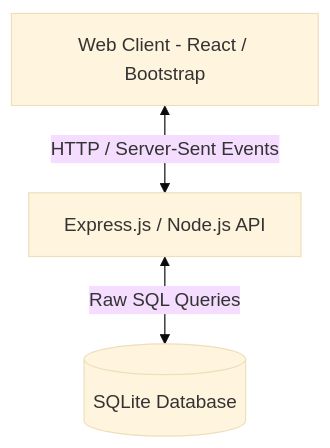
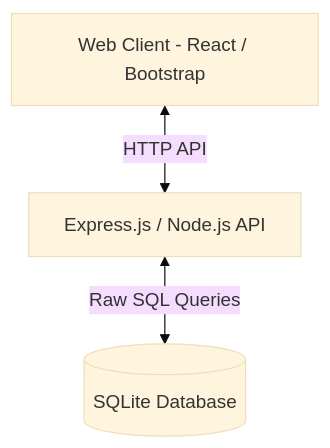
One commit to Sudip969/NxtWave-Project changed the diagram in README.md. Above: the diagram before and after it, drawn with Mermaid (base theme). The commit also changed other lines of this file, not shown here.

````diff
--- a/README.md
+++ b/README.md
@@ -11,5 +9,5 @@
 ```mermaid
 graph TD
-    User[Web Client - React / Bootstrap] <-->|HTTP / Server-Sent Events| Backend[Express.js / Node.js API]
+    User[Web Client - React / Bootstrap] <-->|HTTP API| Backend[Express.js / Node.js API]
     Backend <-->|Raw SQL Queries| DB[(SQLite Database)]
 ```
````
